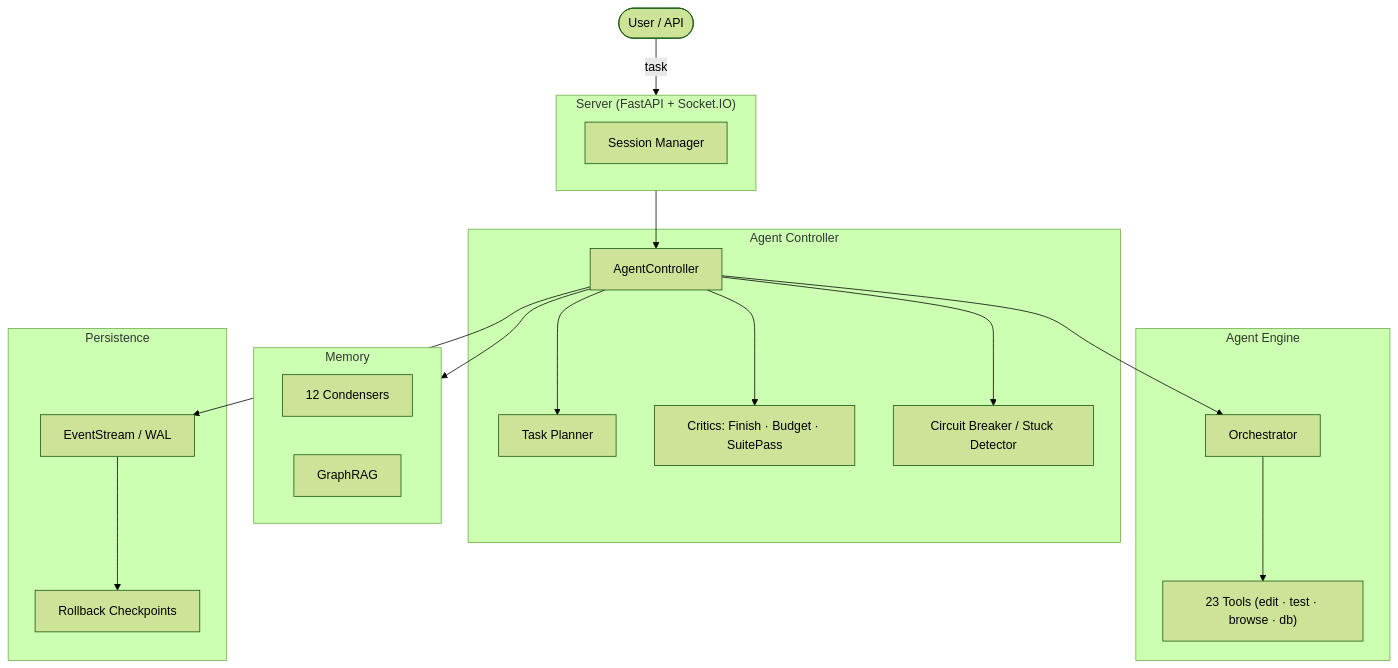
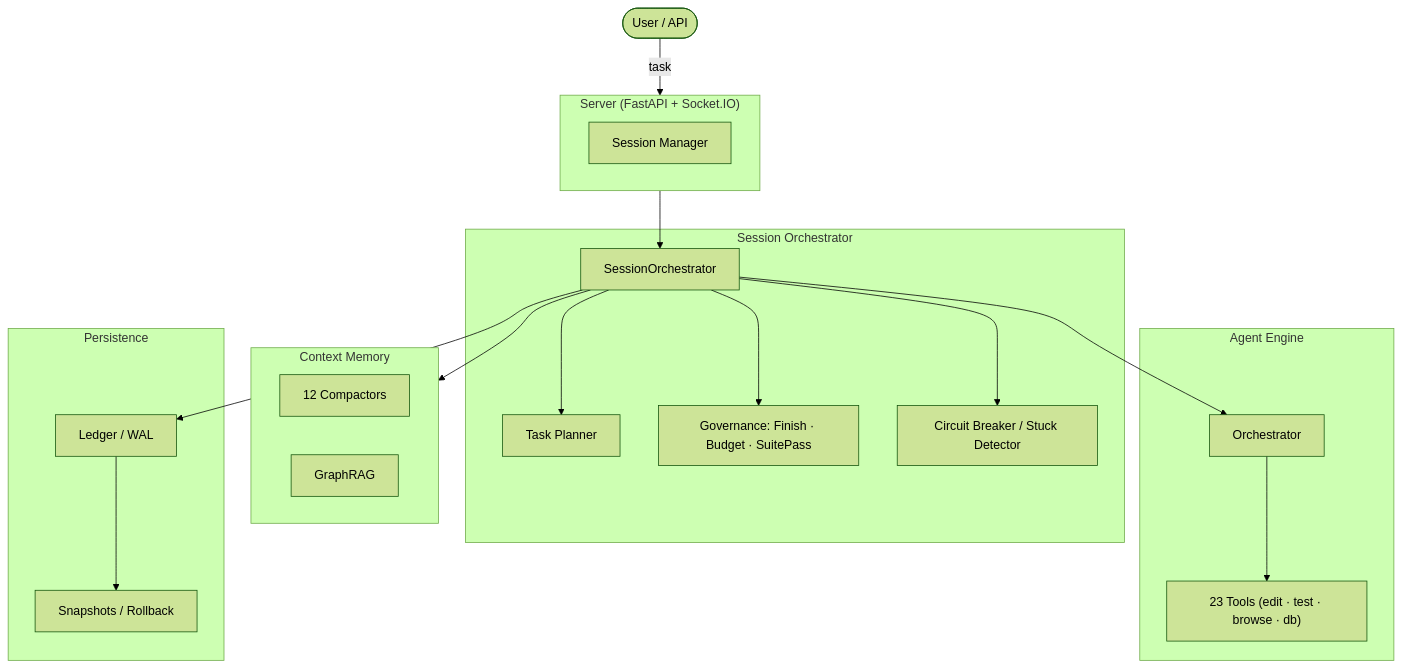
One commit to josephsenior/Grinta-Agent changed the diagram in README.md. Above: the diagram before and after it, drawn with Mermaid (forest theme). The commit also changed other lines of this file and 1835 other files, not shown here.

````diff
--- a/README.md
+++ b/README.md
@@ -37,40 +64,40 @@
 ```mermaid
 graph TB
     User([User / API]) -->|task| Server
 
     subgraph Server["Server (FastAPI + Socket.IO)"]
         SM[Session Manager]
     end
 
-    subgraph Controller["Agent Controller"]
-        AC[AgentController]
+    subgraph Controller["Session Orchestrator"]
+        AC[SessionOrchestrator]
         Planner[Task Planner]
-        Critics[Critics: Finish · Budget · SuitePass]
+        Critics[Governance: Finish · Budget · SuitePass]
         Safety[Circuit Breaker / Stuck Detector]
     end
 
     subgraph Engine["Agent Engine"]
         ORCH[Orchestrator]
         Tools["23 Tools (edit · test · browse · db)"]
     end
 
-    subgraph Memory["Memory"]
-        Condensers["12 Condensers"]
+    subgraph Memory["Context Memory"]
+        Condensers["12 Compactors"]
         GraphRAG[GraphRAG]
     end
 
     subgraph Persistence["Persistence"]
-        ES[EventStream / WAL]
-        Checkpoints[Rollback Checkpoints]
+        ES[Ledger / WAL]
+        Checkpoints[Snapshots / Rollback]
     end
 
     Server --> AC
     AC --> Planner
     AC --> ORCH
     ORCH --> Tools
     AC --> Memory
     AC --> Critics
     AC --> Safety
     AC --> ES
     ES --> Checkpoints
 ```
````
